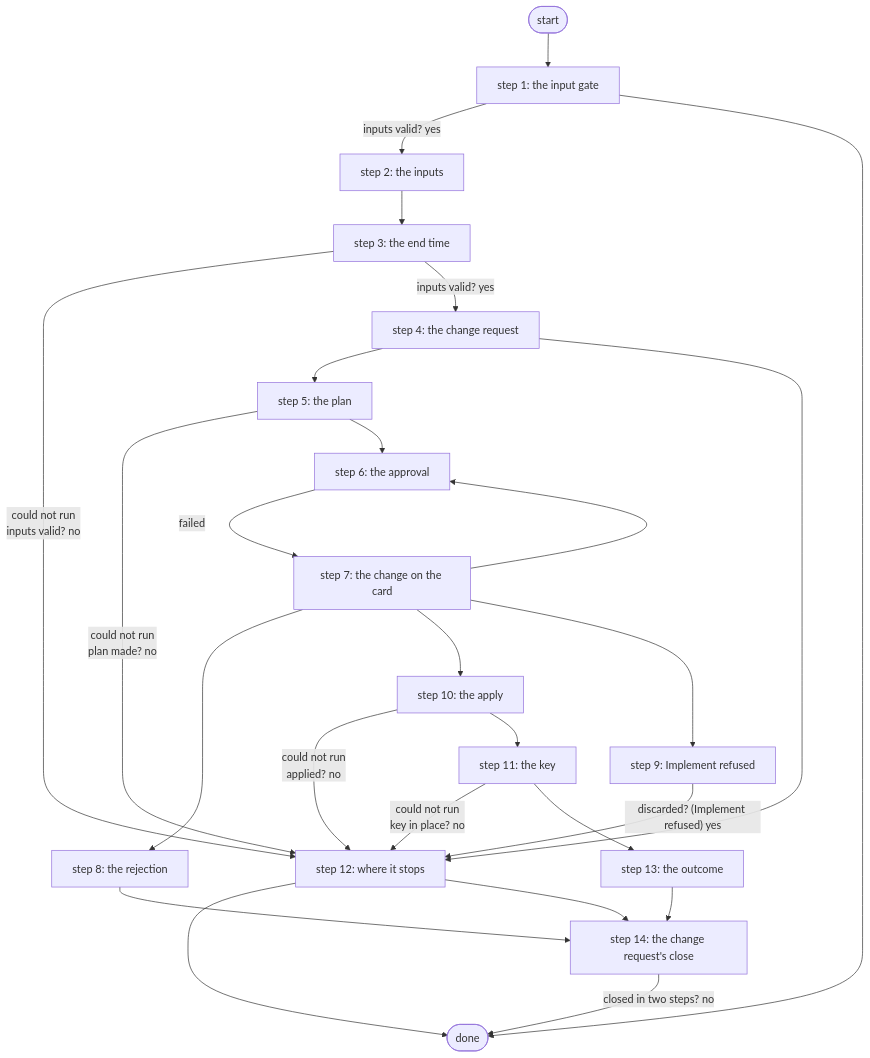
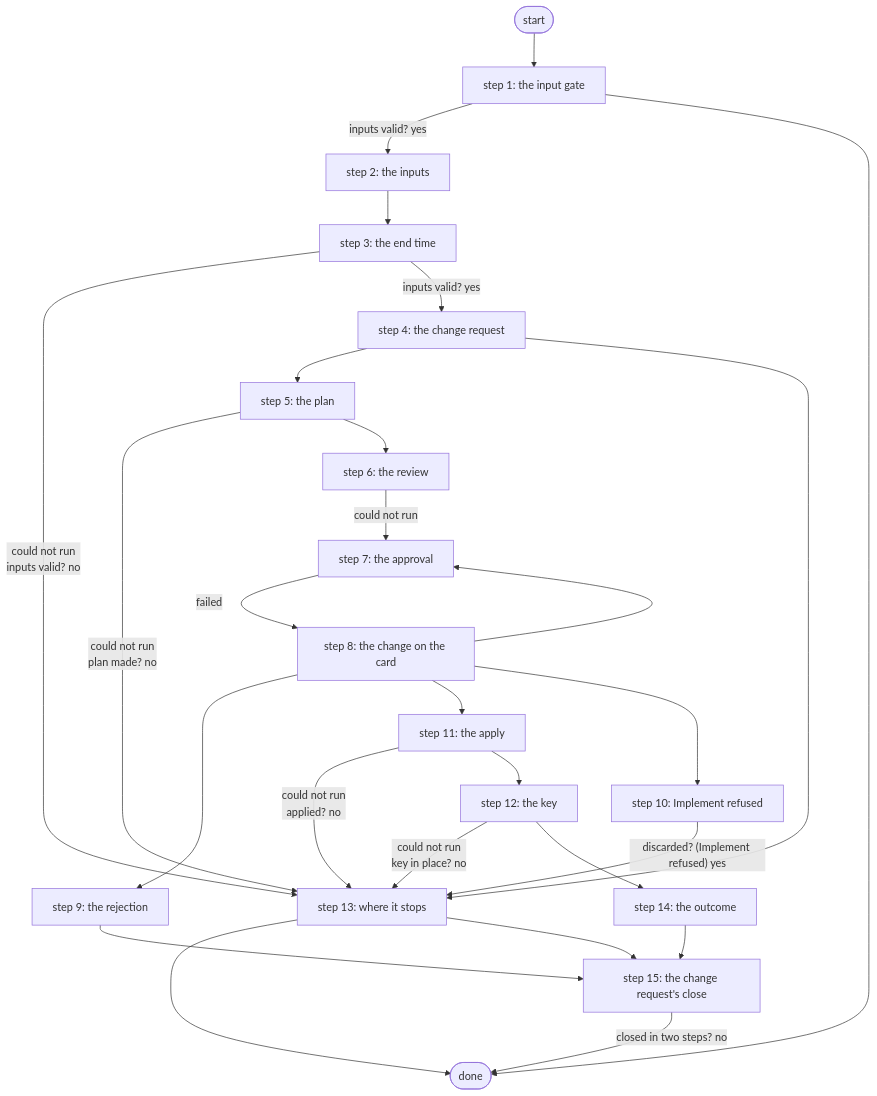
Before and after one commit to E-Conners-Lab/itential-enterprise-lab: the diagram in docs/workflows/deploy-aws-vpn.md, drawn with Mermaid. The commit also changed other lines of this file and 20 other files, not shown here.

First line of the commit message:
feat(itential): plan review on the Deploy card (A2) (#208)

````diff
--- a/docs/workflows/deploy-aws-vpn.md
+++ b/docs/workflows/deploy-aws-vpn.md
@@ -49,44 +55,46 @@
 ```mermaid
 flowchart TD
   S([start])
   E([done])
   s1["step 1: the input gate"]
   s2["step 2: the inputs"]
   s3["step 3: the end time"]
   s4["step 4: the change request"]
   s5["step 5: the plan"]
-  s6["step 6: the approval"]
-  s7["step 7: the change on the card"]
-  s8["step 8: the rejection"]
-  s9["step 9: Implement refused"]
-  s10["step 10: the apply"]
-  s11["step 11: the key"]
-  s12["step 12: where it stops"]
-  s13["step 13: the outcome"]
-  s14["step 14: the change request's close"]
+  s6["step 6: the review"]
+  s7["step 7: the approval"]
+  s8["step 8: the change on the card"]
+  s9["step 9: the rejection"]
+  s10["step 10: Implement refused"]
+  s11["step 11: the apply"]
+  s12["step 12: the key"]
+  s13["step 13: where it stops"]
+  s14["step 14: the outcome"]
+  s15["step 15: the change request's close"]
   S --> s1
   s2 --> s3
-  s3 -- "could not run<br/>inputs valid? no" --> s12
+  s3 -- "could not run<br/>inputs valid? no" --> s13
   s3 -- "inputs valid? yes" --> s4
-  s5 -- "could not run<br/>plan made? no" --> s12
+  s5 -- "could not run<br/>plan made? no" --> s13
   s5 --> s6
-  s6 -- "failed" --> s7
-  s10 -- "could not run<br/>applied? no" --> s12
-  s10 --> s11
-  s11 -- "could not run<br/>key in place? no" --> s12
-  s11 --> s13
-  s13 --> s14
-  s12 --> E
-  s9 -- "discarded? (Implement refused) yes" --> s12
-  s8 --> s14
+  s6 -- "could not run" --> s7
+  s7 -- "failed" --> s8
+  s11 -- "could not run<br/>applied? no" --> s13
+  s11 --> s12
+  s12 -- "could not run<br/>key in place? no" --> s13
   s12 --> s14
+  s14 --> s15
+  s13 --> E
+  s10 -- "discarded? (Implement refused) yes" --> s13
+  s9 --> s15
+  s13 --> s15
   s4 --> s5
-  s4 --> s12
-  s7 --> s6
-  s7 --> s8
-  s7 --> s10
-  s7 --> s9
-  s14 -- "closed in two steps? no" --> E
+  s4 --> s13
+  s8 --> s7
+  s8 --> s9
+  s8 --> s11
+  s8 --> s10
+  s15 -- "closed in two steps? no" --> E
   s1 -- "inputs valid? yes" --> s2
   s1 --> E
 ```
````
